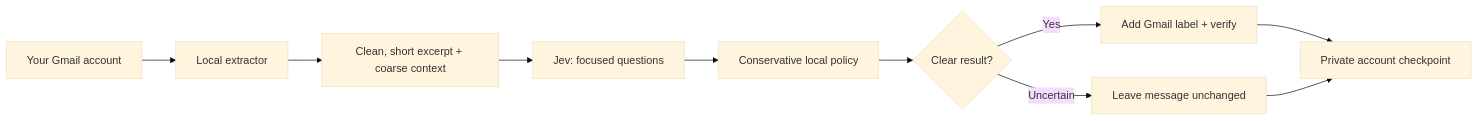
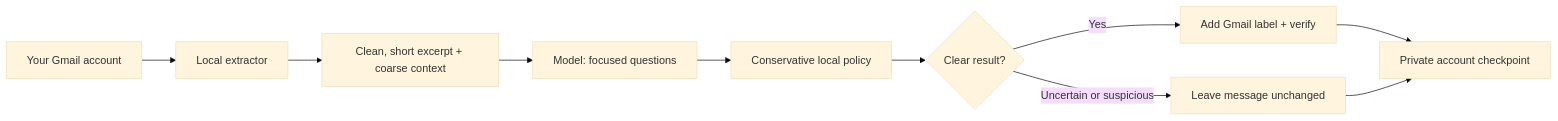
The diagram in README.md (shimoverse/inbox-triage), drawn with Mermaid (base theme) before and after one commit. The commit also changed other lines of this file and 22 other files, not shown here.

````diff
--- a/README.md
+++ b/README.md
@@ -12,12 +14,12 @@
 ```mermaid
 flowchart LR
     A[Your Gmail account] --> B[Local extractor]
     B --> C[Clean, short excerpt + coarse context]
-    C --> D[Jev: focused questions]
+    C --> D[Model: focused questions]
     D --> E[Conservative local policy]
     E --> F{Clear result?}
     F -->|Yes| G[Add Gmail label + verify]
-    F -->|Uncertain| H[Leave message unchanged]
+    F -->|Uncertain or suspicious| H[Leave message unchanged]
     G --> I[Private account checkpoint]
     H --> I
 ```
````
